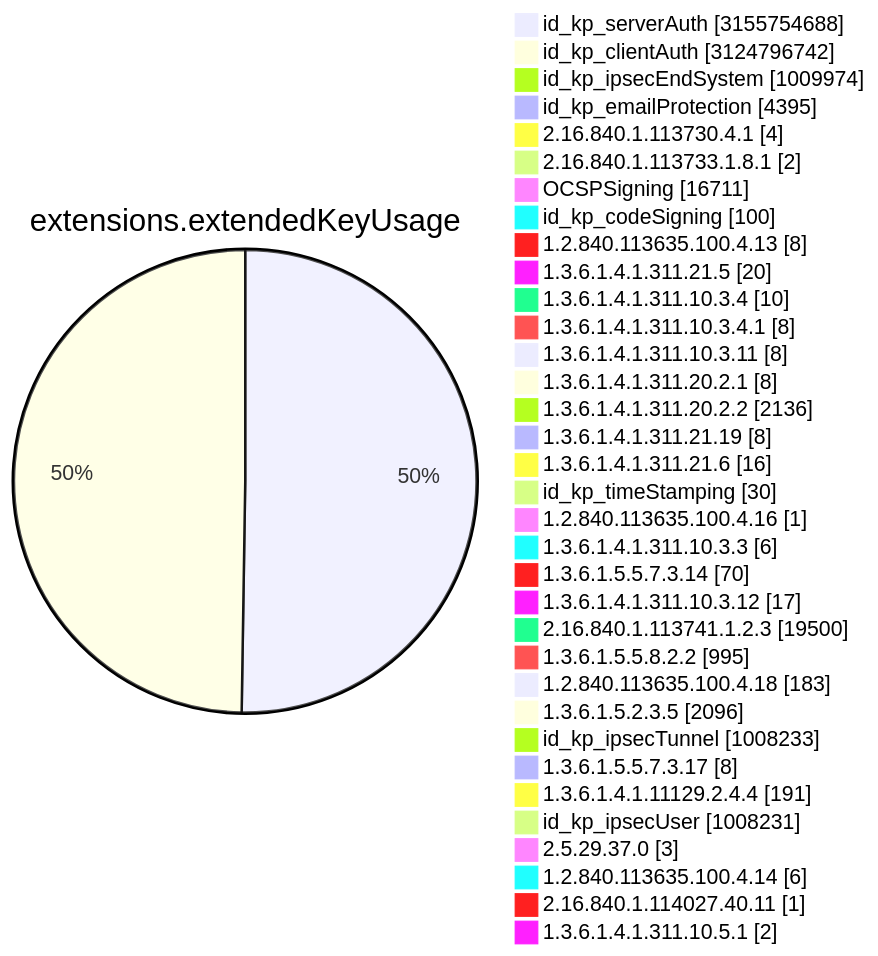
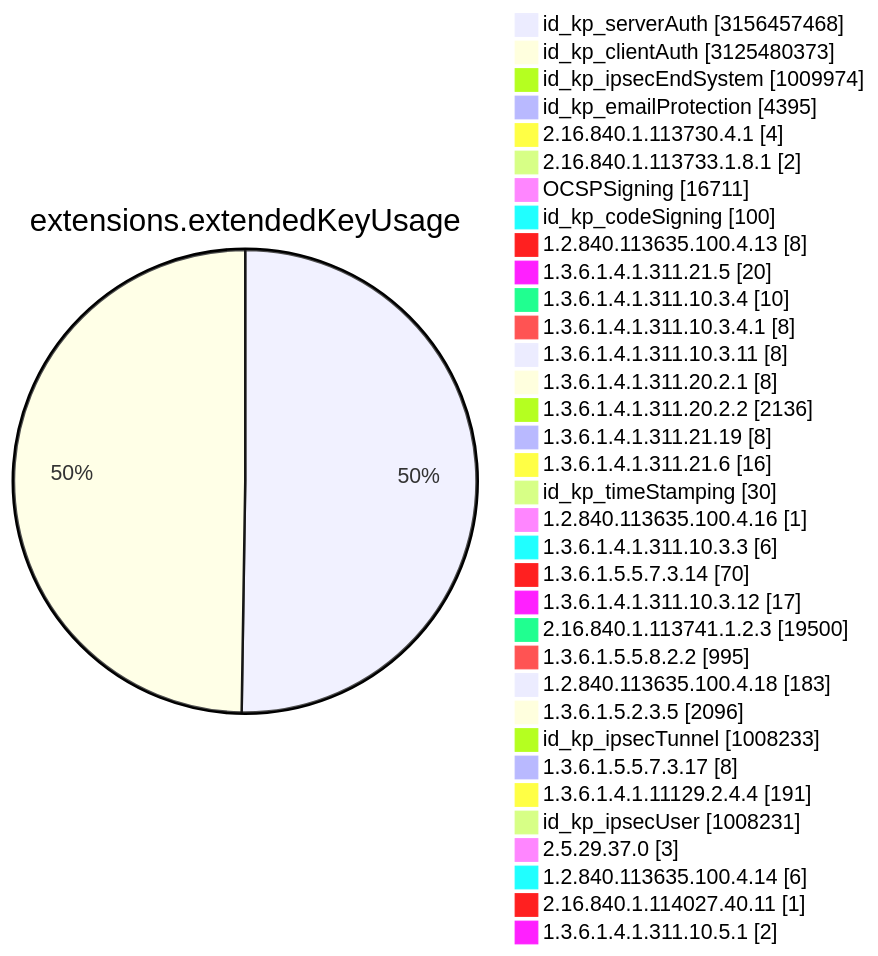
Before and after one commit to christiankrug/ctmonitor_visualization: diagram 11 of 15 in TOTAL/README.md, drawn with Mermaid. The commit also changed other lines of this file, not shown here.

````diff
--- a/TOTAL/README.md
+++ b/TOTAL/README.md
@@ -4119,38 +4119,38 @@
 ```mermaid
 pie showData
 title extensions.extendedKeyUsage
-"id_kp_serverAuth" :3155754688
-"id_kp_clientAuth" :3124796742
+"id_kp_serverAuth" :3156457468
+"id_kp_clientAuth" :3125480373
 "id_kp_ipsecEndSystem" :1009974
 "id_kp_emailProtection" :4395
 "2.16.840.1.113730.4.1" :4
 "2.16.840.1.113733.1.8.1" :2
 "OCSPSigning" :16711
 "id_kp_codeSigning" :100
 "1.2.840.113635.100.4.13" :8
 "1.3.6.1.4.1.311.21.5" :20
 "1.3.6.1.4.1.311.10.3.4" :10
 "1.3.6.1.4.1.311.10.3.4.1" :8
 "1.3.6.1.4.1.311.10.3.11" :8
 "1.3.6.1.4.1.311.20.2.1" :8
 "1.3.6.1.4.1.311.20.2.2" :2136
 "1.3.6.1.4.1.311.21.19" :8
 "1.3.6.1.4.1.311.21.6" :16
 "id_kp_timeStamping" :30
 "1.2.840.113635.100.4.16" :1
 "1.3.6.1.4.1.311.10.3.3" :6
 "1.3.6.1.5.5.7.3.14" :70
 "1.3.6.1.4.1.311.10.3.12" :17
 "2.16.840.1.113741.1.2.3" :19500
 "1.3.6.1.5.5.8.2.2" :995
 "1.2.840.113635.100.4.18" :183
 "1.3.6.1.5.2.3.5" :2096
 "id_kp_ipsecTunnel" :1008233
 "1.3.6.1.5.5.7.3.17" :8
 "1.3.6.1.4.1.11129.2.4.4" :191
 "id_kp_ipsecUser" :1008231
 "2.5.29.37.0" :3
 "1.2.840.113635.100.4.14" :6
 "2.16.840.1.114027.40.11" :1
 "1.3.6.1.4.1.311.10.5.1" :2
 ```
````
